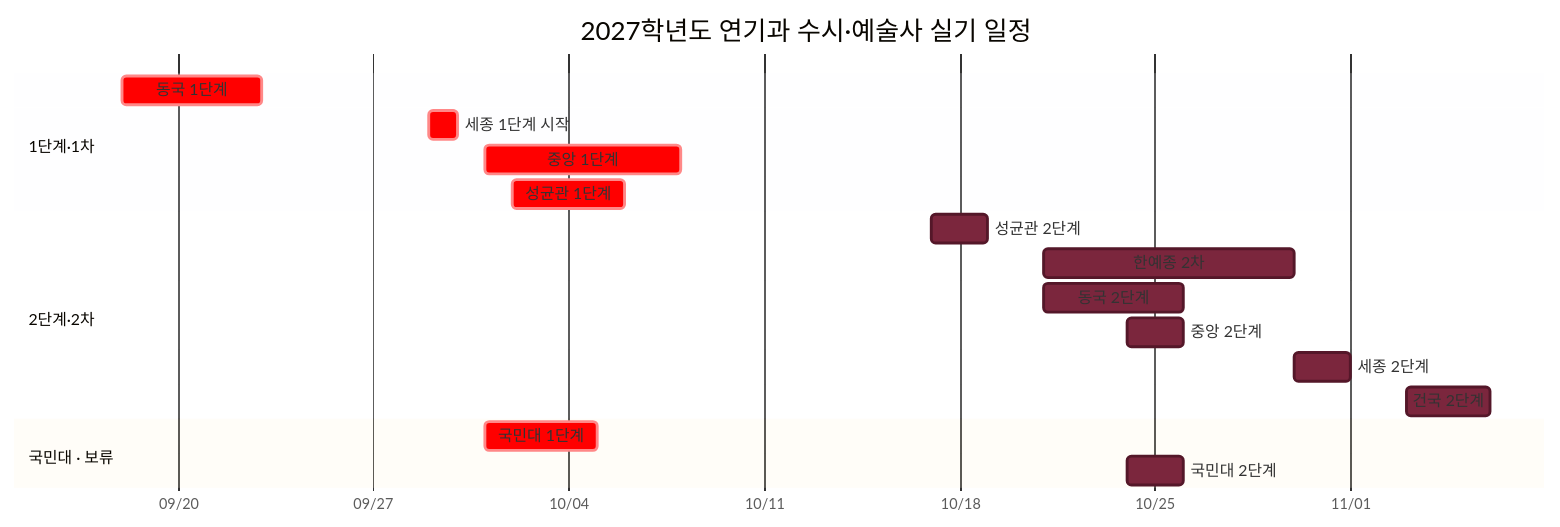
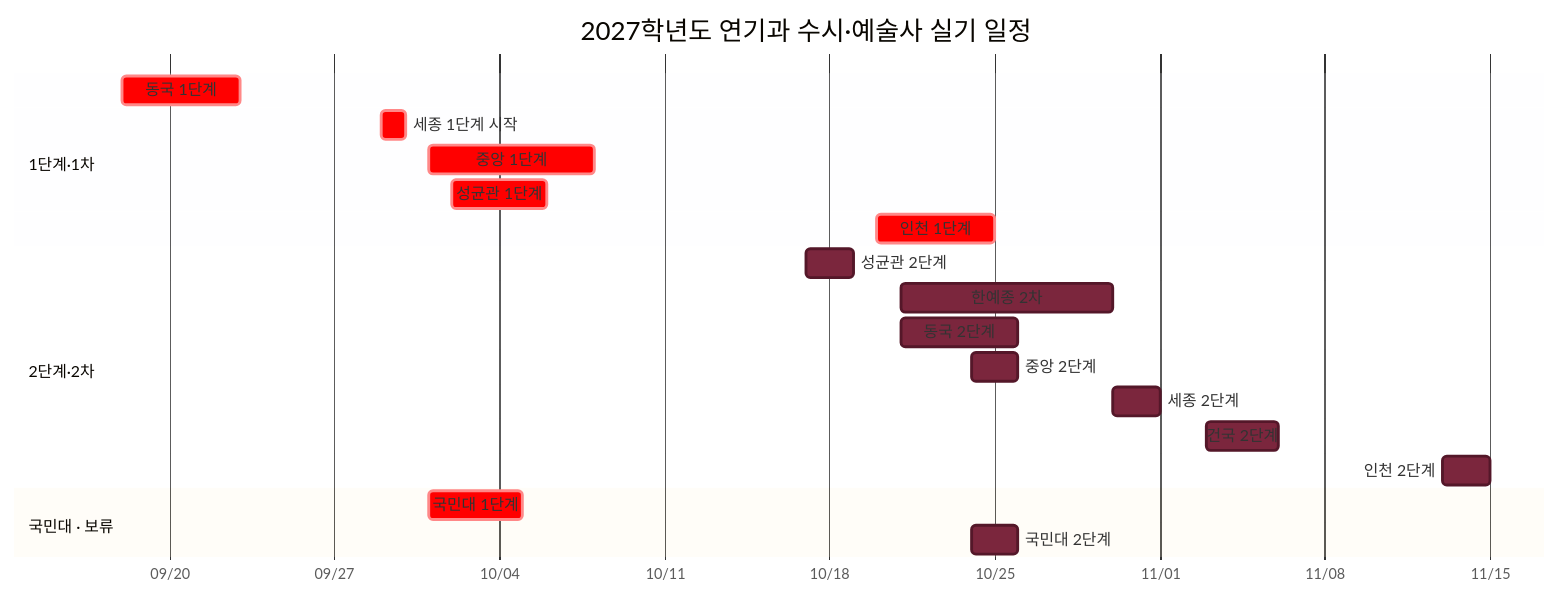
Before and after one commit to Aera0512/Base_: the diagram in 정리/입시/2027 연기과 시험 일정 그래프.md, drawn with Mermaid. The commit also changed other lines of this file and 2 other files, not shown here.

````diff
--- a/정리/입시/2027 연기과 시험 일정 그래프.md
+++ b/정리/입시/2027 연기과 시험 일정 그래프.md
@@ -28,25 +23,27 @@
 ```mermaid
 %%{init: {"theme":"base","themeVariables":{"taskBkgColor":"#E45757","taskBorderColor":"#B63A3A","doneTaskBkgColor":"#7B263D","doneTaskBorderColor":"#541729","doneTaskTextColor":"#FFFFFF"}}}%%
 gantt
     title 2027학년도 연기과 수시·예술사 실기 일정
     dateFormat  YYYY-MM-DD
     axisFormat  %m/%d
 
     section 1단계·1차
     동국 1단계                    :crit, dongguk1, 2026-09-18, 2026-09-23
     세종 1단계 시작               :crit, sejong1, 2026-09-29, 1d
     중앙 1단계                    :crit, cau1, 2026-10-01, 2026-10-08
     성균관 1단계                  :crit, skku1, 2026-10-02, 2026-10-06
+    인천 1단계                    :crit, inu1, 2026-10-20, 2026-10-25
 
     section 2단계·2차
     성균관 2단계                  :done, skku2, 2026-10-17, 2026-10-19
     한예종 2차                    :done, karts2, 2026-10-21, 2026-10-30
     동국 2단계                    :done, dongguk2, 2026-10-21, 2026-10-26
     중앙 2단계                    :done, cau2, 2026-10-24, 2026-10-26
     세종 2단계                    :done, sejong2, 2026-10-30, 2026-11-01
     건국 2단계                    :done, konkuk2, 2026-11-03, 2026-11-06
+    인천 2단계                    :done, inu2, 2026-11-13, 2026-11-15
 
     section 국민대 · 보류
     국민대 1단계                  :crit, kookmin1, 2026-10-01, 2026-10-05
     국민대 2단계                  :done, kookmin2, 2026-10-24, 2026-10-26
 ```
````
